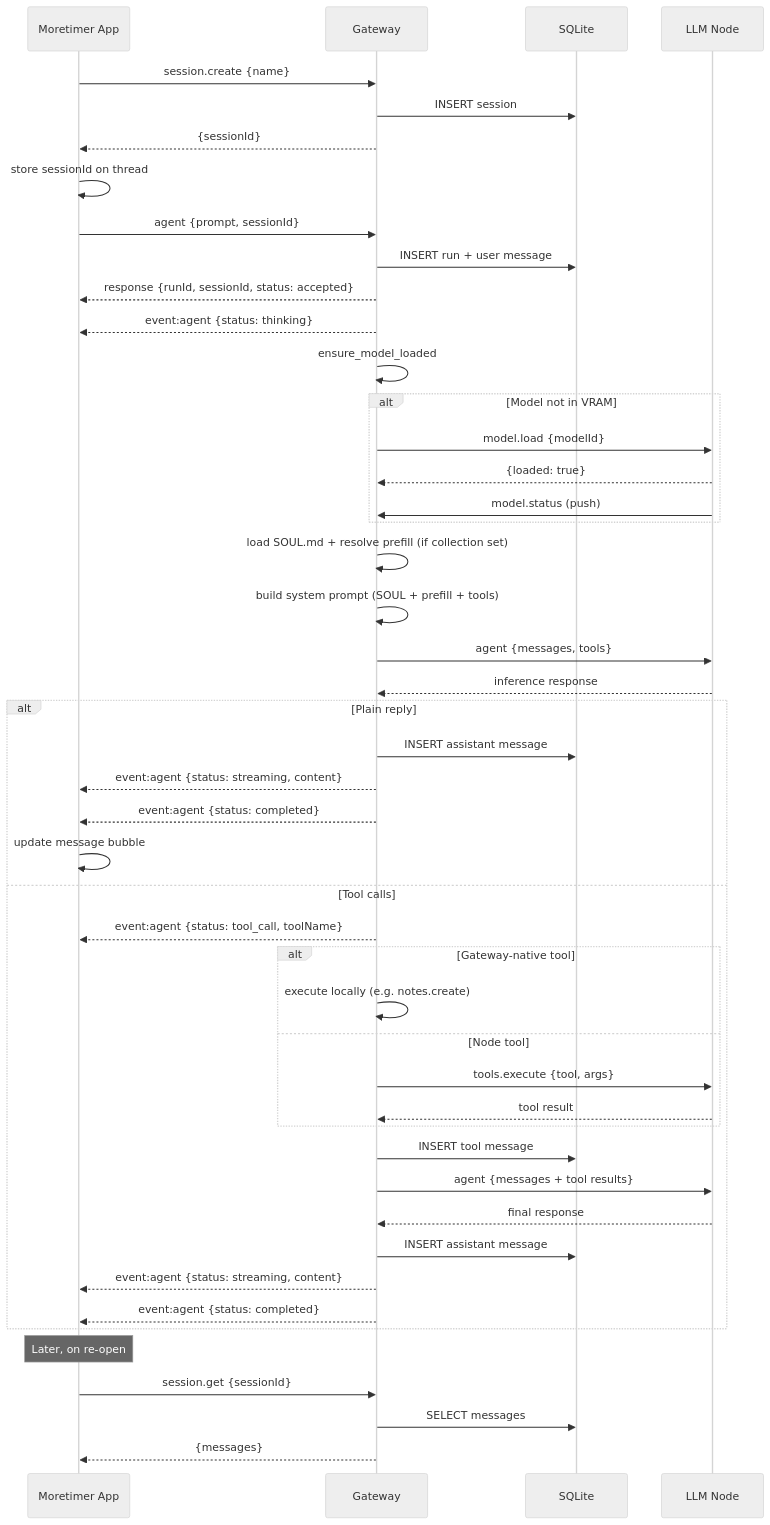
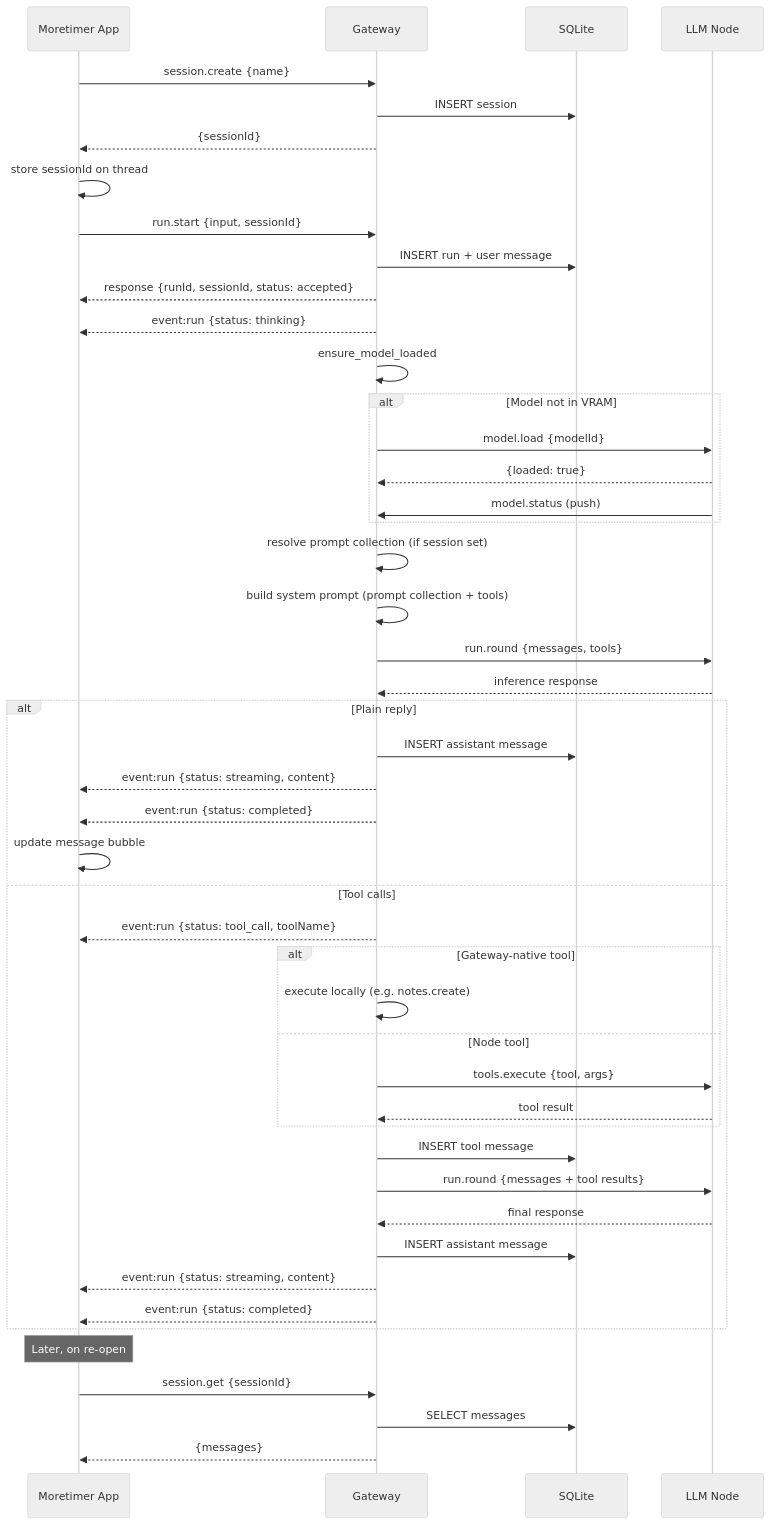
The fourth of 5 diagrams in docs/src/nexo/old_agent_file_theres_still_stuff_here_i_want_to_keep_but_lets_first_get_the_agent_loop_file_in_the_best_shape_and_implemented.md (thiezn/NEXO), drawn with Mermaid (neutral theme) before and after one commit. The commit also changed other lines of this file and 106 other files, not shown here.

````diff
--- a/docs/src/nexo/old_agent_file_theres_still_stuff_here_i_want_to_keep_but_lets_first_get_the_agent_loop_file_in_the_best_shape_and_implemented.md
+++ b/docs/src/nexo/old_agent_file_theres_still_stuff_here_i_want_to_keep_but_lets_first_get_the_agent_loop_file_in_the_best_shape_and_implemented.md
@@ -130,56 +137,56 @@
 ```mermaid
 sequenceDiagram
     participant App as Moretimer App
     participant GW as Gateway
     participant DB as SQLite
     participant Node as LLM Node
 
     App->>GW: session.create {name}
     GW->>DB: INSERT session
     GW-->>App: {sessionId}
     App->>App: store sessionId on thread
 
-    App->>GW: agent {prompt, sessionId}
+    App->>GW: run.start {input, sessionId}
     GW->>DB: INSERT run + user message
     GW-->>App: response {runId, sessionId, status: accepted}
-    GW-->>App: event:agent {status: thinking}
+    GW-->>App: event:run {status: thinking}
 
     GW->>GW: ensure_model_loaded
     alt Model not in VRAM
         GW->>Node: model.load {modelId}
         Node-->>GW: {loaded: true}
         Node->>GW: model.status (push)
     end
 
-    GW->>GW: load SOUL.md + resolve prefill (if collection set)
-    GW->>GW: build system prompt (SOUL + prefill + tools)
-    GW->>Node: agent {messages, tools}
+    GW->>GW: resolve prompt collection (if session set)
+    GW->>GW: build system prompt (prompt collection + tools)
+    GW->>Node: run.round {messages, tools}
 
     Node-->>GW: inference response
 
     alt Plain reply
         GW->>DB: INSERT assistant message
-        GW-->>App: event:agent {status: streaming, content}
-        GW-->>App: event:agent {status: completed}
+        GW-->>App: event:run {status: streaming, content}
+        GW-->>App: event:run {status: completed}
         App->>App: update message bubble
     else Tool calls
-        GW-->>App: event:agent {status: tool_call, toolName}
+        GW-->>App: event:run {status: tool_call, toolName}
         alt Gateway-native tool
             GW->>GW: execute locally (e.g. notes.create)
         else Node tool
             GW->>Node: tools.execute {tool, args}
             Node-->>GW: tool result
         end
         GW->>DB: INSERT tool message
-        GW->>Node: agent {messages + tool results}
+        GW->>Node: run.round {messages + tool results}
         Node-->>GW: final response
         GW->>DB: INSERT assistant message
-        GW-->>App: event:agent {status: streaming, content}
-        GW-->>App: event:agent {status: completed}
+        GW-->>App: event:run {status: streaming, content}
+        GW-->>App: event:run {status: completed}
     end
 
     Note over App: Later, on re-open
     App->>GW: session.get {sessionId}
     GW->>DB: SELECT messages
     GW-->>App: {messages}
 ```
````
